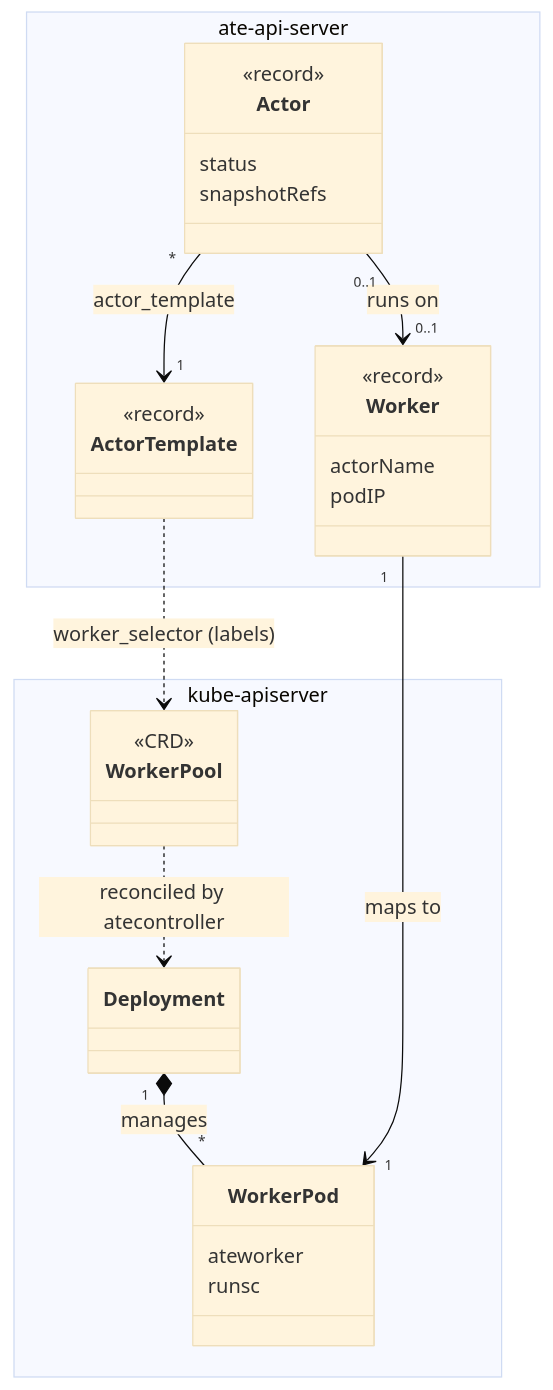
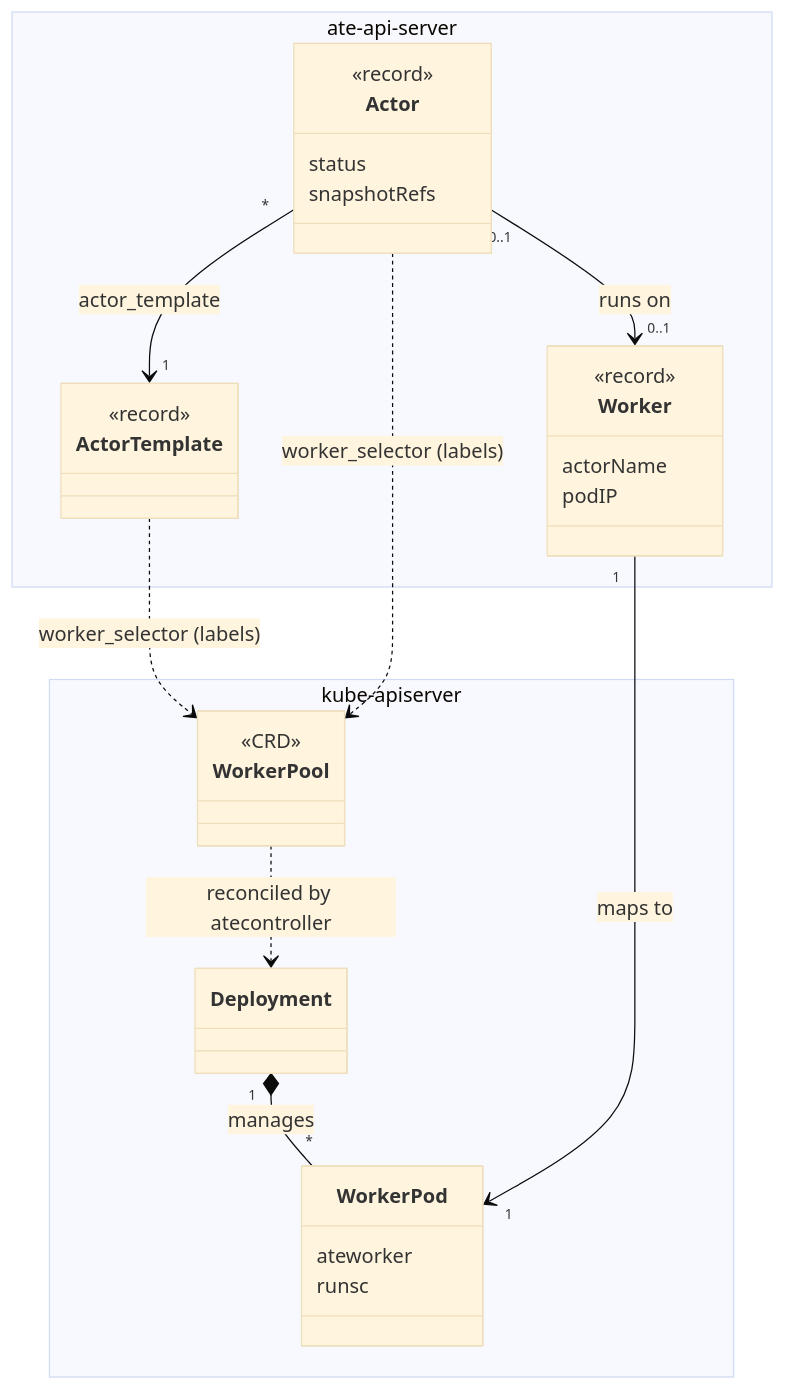
One commit to agent-substrate/substrate changed the first of 3 diagrams in docs/architecture.md. Above: the diagram before and after it, drawn with Mermaid (base theme). The commit also changed 7 other files, not shown here.

First line of the commit message:
kubectl-ate: Add update actor subcommand for template and worker selector

````diff
--- a/docs/architecture.md
+++ b/docs/architecture.md
@@ -268,36 +268,37 @@
 ```mermaid
 classDiagram
     namespace kube-apiserver {
         class WorkerPool {
             <<CRD>>
         }
         class Deployment
         class WorkerPod {
             ateworker
             runsc
         }
     }
 
     namespace ate-api-server {
         class ActorTemplate {
             <<record>>
         }
         class Actor {
             <<record>>
             status
             snapshotRefs
         }
         class Worker {
             <<record>>
             actorName
             podIP
         }
     }
 
     ActorTemplate ..> WorkerPool : worker_selector (labels)
+    Actor ..> WorkerPool : worker_selector (labels)
     WorkerPool ..> Deployment : reconciled by atecontroller
     Deployment "1" *-- "*" WorkerPod : manages
     Actor "*" --> "1" ActorTemplate : actor_template
     Actor "0..1" --> "0..1" Worker : runs on
     Worker "1" --> "1" WorkerPod : maps to
 ```
````
